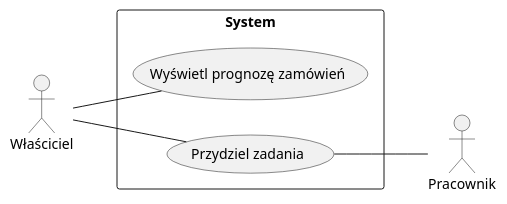
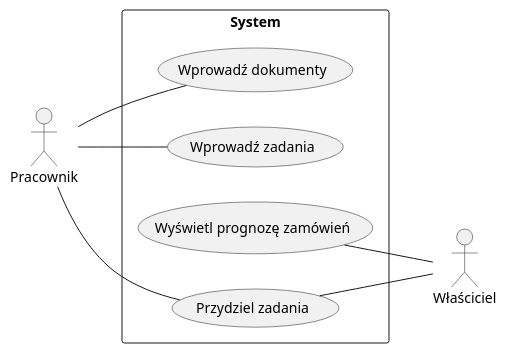
One commit to pixellos/Agh.5.Psi changed diagram 14 of 14 in src/Projekt systemu.md. Above: the diagram before and after it, drawn with PlantUML. The commit also changed other lines of this file, not shown here.

````diff
--- a/src/Projekt systemu.md
+++ b/src/Projekt systemu.md
@@ -2509,13 +2476,14 @@
 ```plantuml X.X.X
 @startuml
 left to right direction
+actor Pracownik
 actor Właściciel
-actor Pracownik
 rectangle "System" {
-    Właściciel -- (Wyświetl prognozę zamówień)
-    Właściciel -- (Przydziel zadania)
-    (Przydziel zadania) -- Pracownik
-
+    :Pracownik: -- (Wprowadź dokumenty)
+    :Pracownik: -- (Wprowadź zadania)
+(Wyświetl prognozę zamówień) -- (Właściciel)
+(Pracownik) -- (Przydziel zadania)
+     (Przydziel zadania) --(Właściciel)
 }
 @enduml
 ```
````
